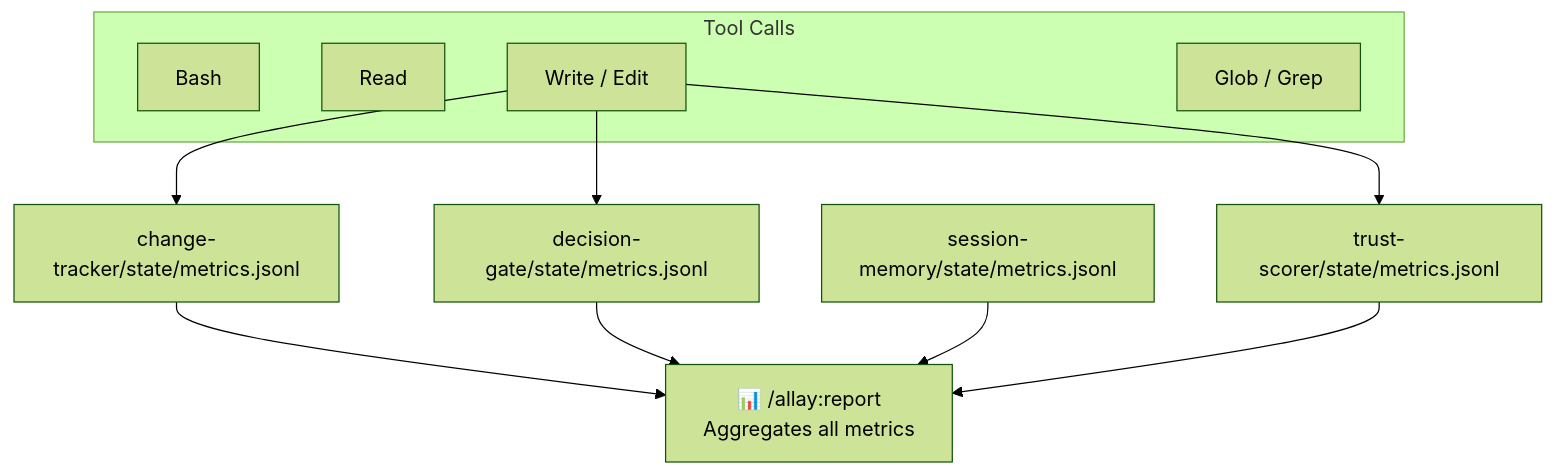
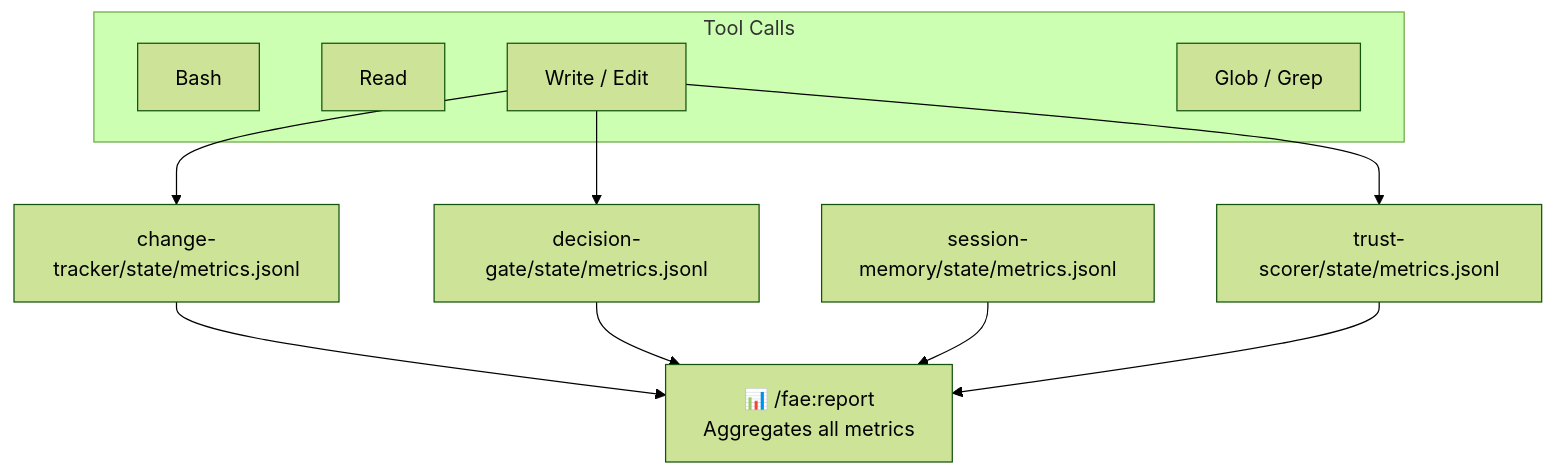
One commit to enchanted-plugins/crow changed the diagram in docs/architecture/dataflow.mmd. Above: the diagram before and after it, drawn with Mermaid (forest theme). The commit also changed 76 other files, not shown here.

```diff
--- a/docs/architecture/dataflow.mmd
+++ b/docs/architecture/dataflow.mmd
@@ -1,19 +1,19 @@
 graph TB
     subgraph inputs["Tool Calls"]
         Bash["Bash"]
         Read["Read"]
         Write["Write / Edit"]
         Glob["Glob / Grep"]
     end
     change_tracker_metrics["change-tracker/state/metrics.jsonl<br/><small></small>"]
     Write --> change_tracker_metrics
     decision_gate_metrics["decision-gate/state/metrics.jsonl<br/><small></small>"]
     Write --> decision_gate_metrics
     session_memory_metrics["session-memory/state/metrics.jsonl<br/><small></small>"]
     trust_scorer_metrics["trust-scorer/state/metrics.jsonl<br/><small></small>"]
     Write --> trust_scorer_metrics
-    report["📊 /allay:report<br/>Aggregates all metrics"]
+    report["📊 /fae:report<br/>Aggregates all metrics"]
     change_tracker_metrics --> report
     decision_gate_metrics --> report
     session_memory_metrics --> report
     trust_scorer_metrics --> report
```
